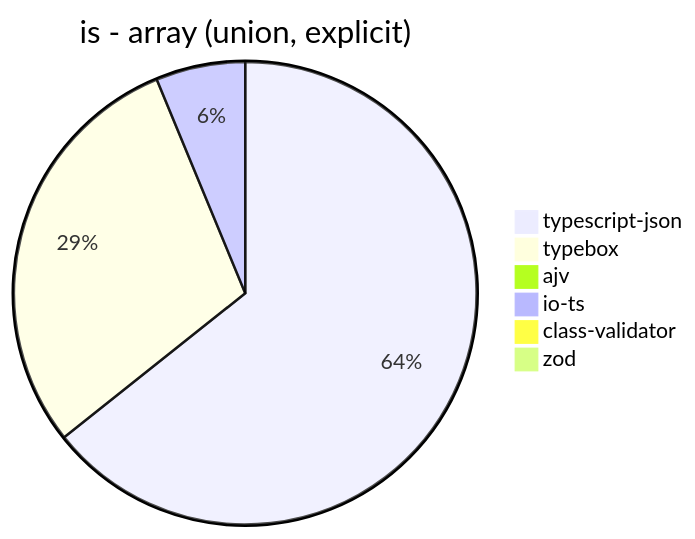
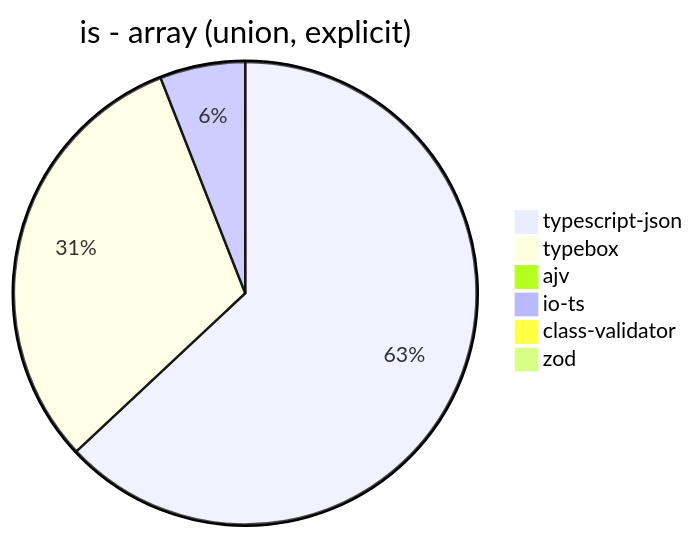
One commit to samchon/typia changed the sixth of 39 diagrams in benchmark/results/AMD Ryzen 9 5900HX with Radeon Graphics.md. Above: the diagram before and after it, drawn with Mermaid. The commit also changed other lines of this file and 3 other files, not shown here.

````diff
--- a/benchmark/results/AMD Ryzen 9 5900HX with Radeon Graphics.md
+++ b/benchmark/results/AMD Ryzen 9 5900HX with Radeon Graphics.md
@@ -76,9 +76,9 @@
 ```mermaid
 pie title is - array (union, explicit)
-  "typescript-json": 4127.183406113537
-  "typebox": 1889.5391367959035
+  "typescript-json": 3960.4499274310597
+  "typebox": 1948.9361702127658
   "ajv": 0
-  "io-ts": 400.936329588015
-  "class-validator": 7.901506798970966
-  "zod": 3.003003003003003
+  "io-ts": 374.68030690537086
+  "class-validator": 7.5904677846425415
+  "zod": 3.022289384208538
 ```
````
